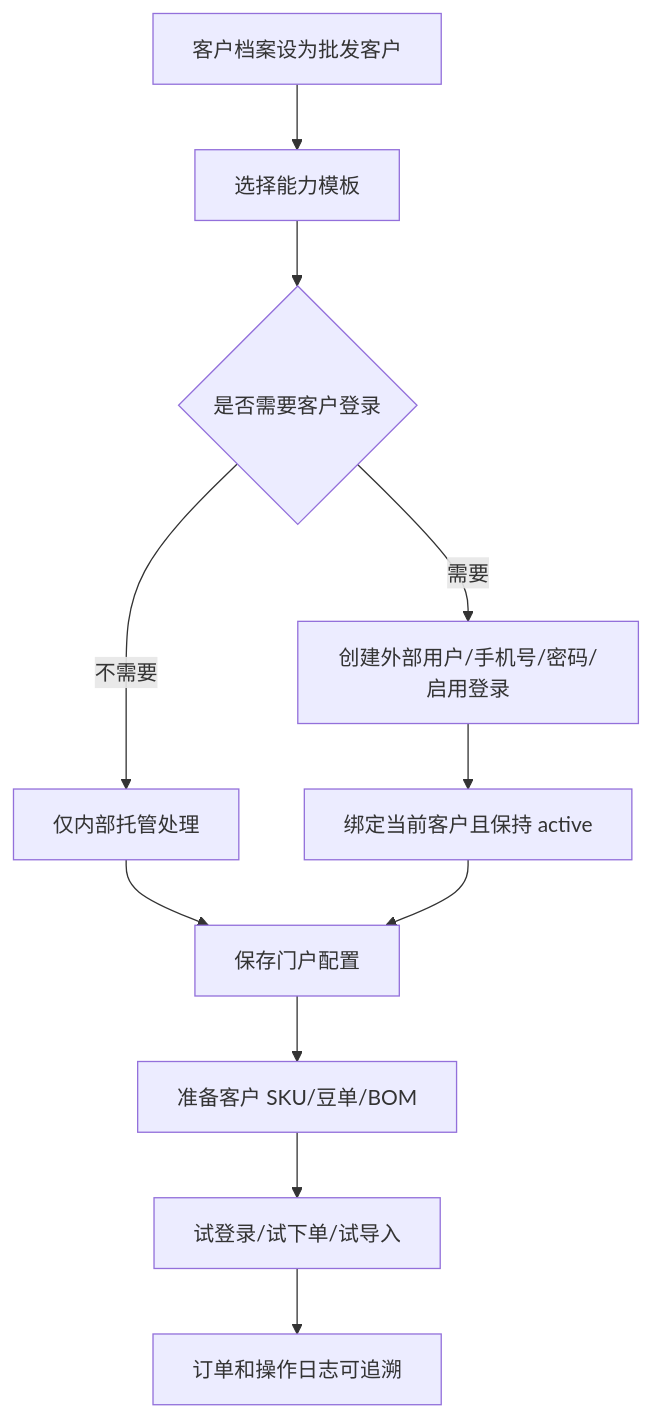
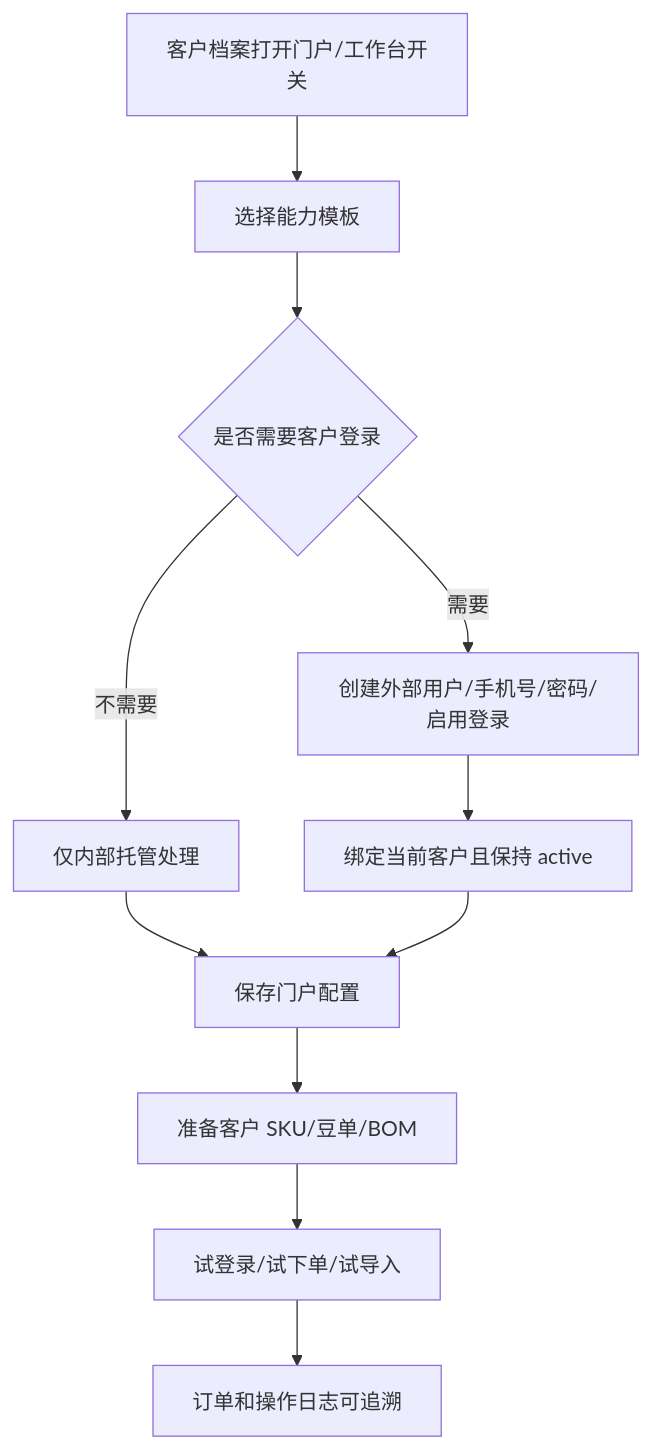
The fourth of 8 diagrams in orderapp-remote/docs/OP_MANUAL_CUSTOMER_FULFILLMENT.md (Backstage2539/KFerp), drawn with Mermaid before and after one commit. The commit also changed other lines of this file and 37 other files, not shown here.

````diff
--- a/orderapp-remote/docs/OP_MANUAL_CUSTOMER_FULFILLMENT.md
+++ b/orderapp-remote/docs/OP_MANUAL_CUSTOMER_FULFILLMENT.md
@@ -96,13 +96,13 @@
 ```mermaid
 flowchart TD
-  A["客户档案设为批发客户"] --> B["选择能力模板"]
+  A["客户档案打开门户/工作台开关"] --> B["选择能力模板"]
   B --> C{"是否需要客户登录"}
   C -->|需要| D["创建外部用户/手机号/密码/启用登录"]
   C -->|不需要| E["仅内部托管处理"]
   D --> F["绑定当前客户且保持 active"]
   E --> G["保存门户配置"]
   F --> G
   G --> H["准备客户 SKU/豆单/BOM"]
   H --> I["试登录/试下单/试导入"]
   I --> J["订单和操作日志可追溯"]
 ```
````
